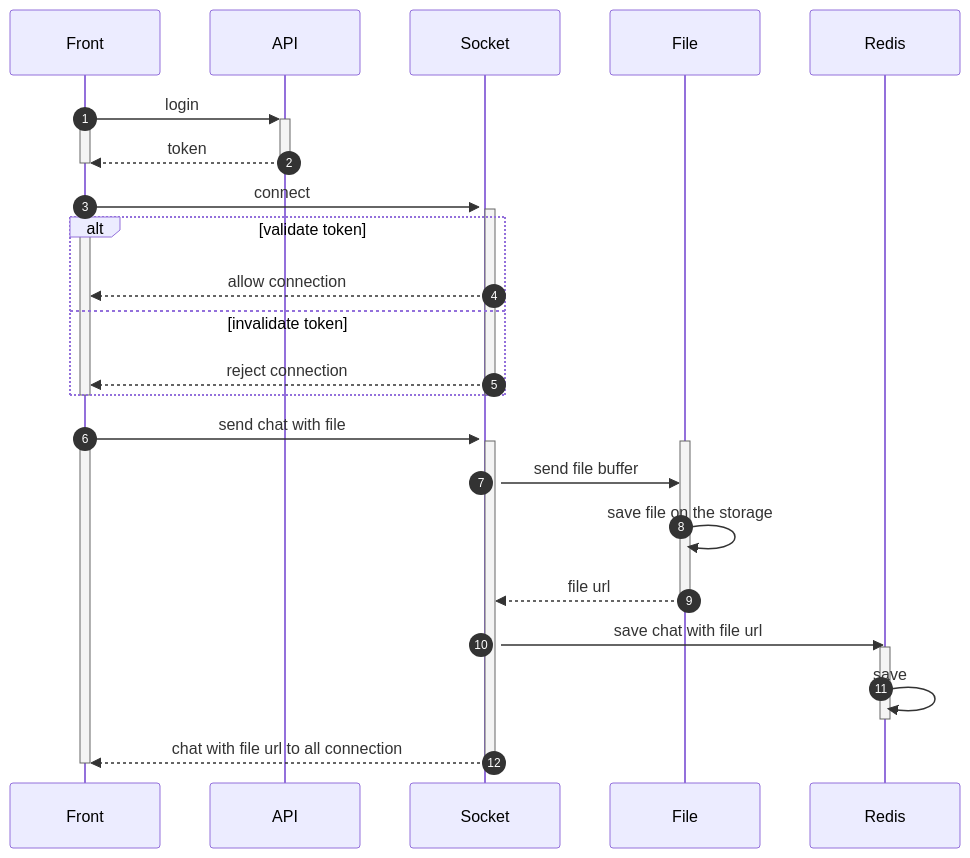
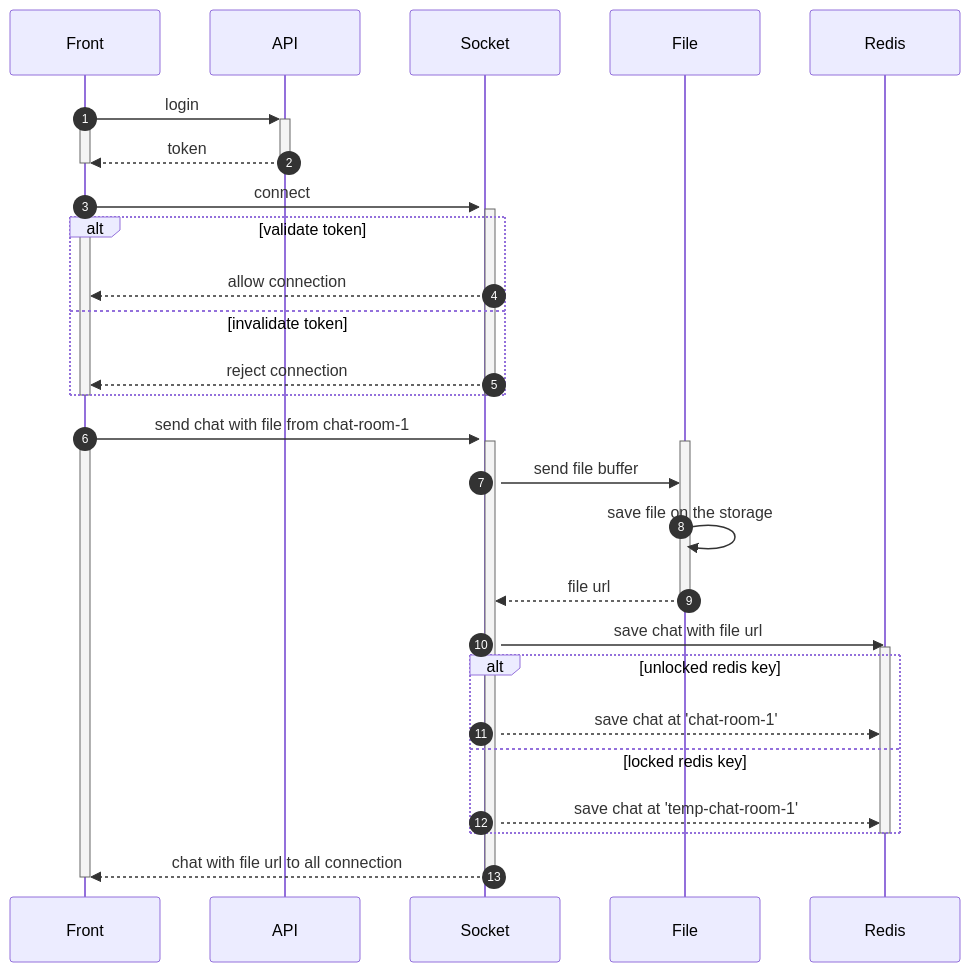
Before and after one commit to 0vollov0/chatting-server: the first of 2 diagrams in README.md, drawn with Mermaid.

````diff
--- a/README.md
+++ b/README.md
@@ -47,42 +47,46 @@
 ```mermaid
 sequenceDiagram
   participant front as Front
   participant api as API
   participant socket as Socket
   participant file as File
   participant redis as Redis
   
   autonumber
   
   front ->>+ api: login
   activate front
   api -->>- front: token
   deactivate front
 
   activate socket
   front ->>+ socket: connect
   activate front
   alt validate token
     socket -->> front: allow connection
   else invalidate token
     socket -->> front: reject connection
   end
   deactivate front
   deactivate socket
 
-  front ->> socket: send chat with file
+  front ->> socket: send chat with file from chat-room-1
   activate socket
   activate front
   activate file
   socket ->> file: send file buffer
   file ->> file: save file on the storage
   file -->> socket: file url
   deactivate file
   socket ->> redis: save chat with file url
   activate redis
-  redis ->> redis: save
+  alt unlocked redis key
+    socket -->> redis: save chat at 'chat-room-1'
+  else locked redis key
+    socket -->> redis: save chat at 'temp-chat-room-1'
+  end
   deactivate redis
   socket -->> front: chat with file url to all connection
   deactivate front
   deactivate socket
 ```
````
